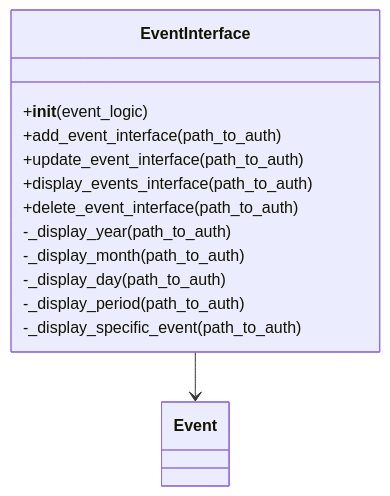
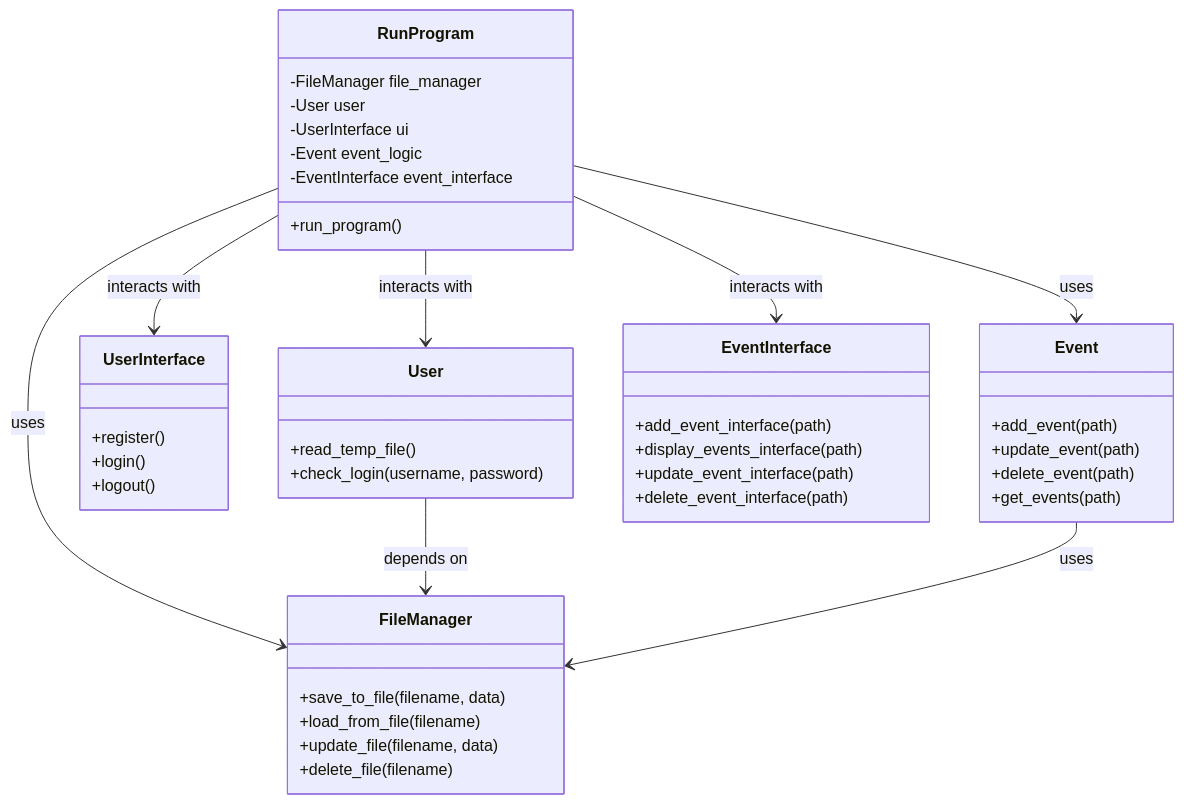
The diagram in README.md (YuriyMavko/test), drawn with Mermaid before and after one commit.

````diff
--- a/README.md
+++ b/README.md
@@ -1,20 +1,53 @@
 ```mermaid
 classDiagram
-    class EventInterface {
-        +__init__(event_logic)
-        +add_event_interface(path_to_auth)
-        +update_event_interface(path_to_auth)
-        +display_events_interface(path_to_auth)
-        +delete_event_interface(path_to_auth)
-        -_display_year(path_to_auth)
-        -_display_month(path_to_auth)
-        -_display_day(path_to_auth)
-        -_display_period(path_to_auth)
-        -_display_specific_event(path_to_auth)
+    class RunProgram {
+        -FileManager file_manager
+        -User user
+        -UserInterface ui
+        -Event event_logic
+        -EventInterface event_interface
+        +run_program()
     }
 
-    class Event
+    class User {
+        +read_temp_file()
+        +check_login(username, password)
+    }
 
-    EventInterface --> Event
+    class UserInterface {
+        +register()
+        +login()
+        +logout()
+    }
+
+    class Event {
+        +add_event(path)
+        +update_event(path)
+        +delete_event(path)
+        +get_events(path)
+    }
+
+    class EventInterface {
+        +add_event_interface(path)
+        +display_events_interface(path)
+        +update_event_interface(path)
+        +delete_event_interface(path)
+    }
+
+    class FileManager {
+        +save_to_file(filename, data)
+        +load_from_file(filename)
+        +update_file(filename, data)
+        +delete_file(filename)
+    }
+
+    RunProgram --> FileManager : uses
+    RunProgram --> User : interacts with
+    RunProgram --> UserInterface : interacts with
+    RunProgram --> Event : uses
+    RunProgram --> EventInterface : interacts with
+    User --> FileManager : depends on
+    Event --> FileManager : uses
+
 
 ```
````
